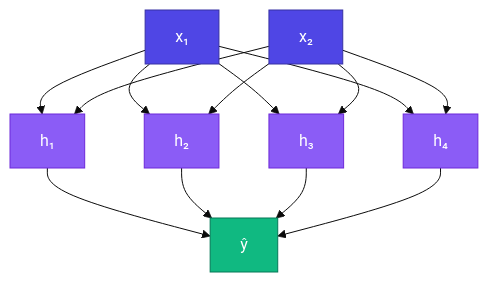
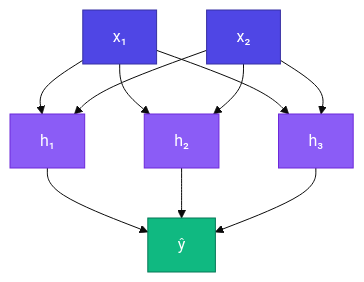
Before and after one commit to bhNibir/build-own-llm: the second of 2 diagrams in content/docs/part-05-neural-network/03-mlp.mdx, drawn with Mermaid (base theme). The commit also changed other lines of this file and 33 other files, not shown here.

First line of the commit message:
Align Bangla lessons with playgrounds, animations, and diagrams

````diff
--- a/content/docs/part-05-neural-network/03-mlp.mdx
+++ b/content/docs/part-05-neural-network/03-mlp.mdx
@@ -56,18 +56,15 @@
 ```mermaid
 flowchart TD
     X1["x₁"]:::in --> H1["h₁"]:::hidden
     X1 --> H2["h₂"]:::hidden
     X1 --> H3["h₃"]:::hidden
-    X1 --> H4["h₄"]:::hidden
     X2["x₂"]:::in --> H1
     X2 --> H2
     X2 --> H3
-    X2 --> H4
     H1 --> Y["ŷ"]:::out
     H2 --> Y
     H3 --> Y
-    H4 --> Y
     classDef in fill:#4F46E5,color:#fff,stroke:#3730A3
     classDef hidden fill:#8B5CF6,color:#fff,stroke:#6D28D9
     classDef out fill:#10B981,color:#fff,stroke:#047857
 ```
````
